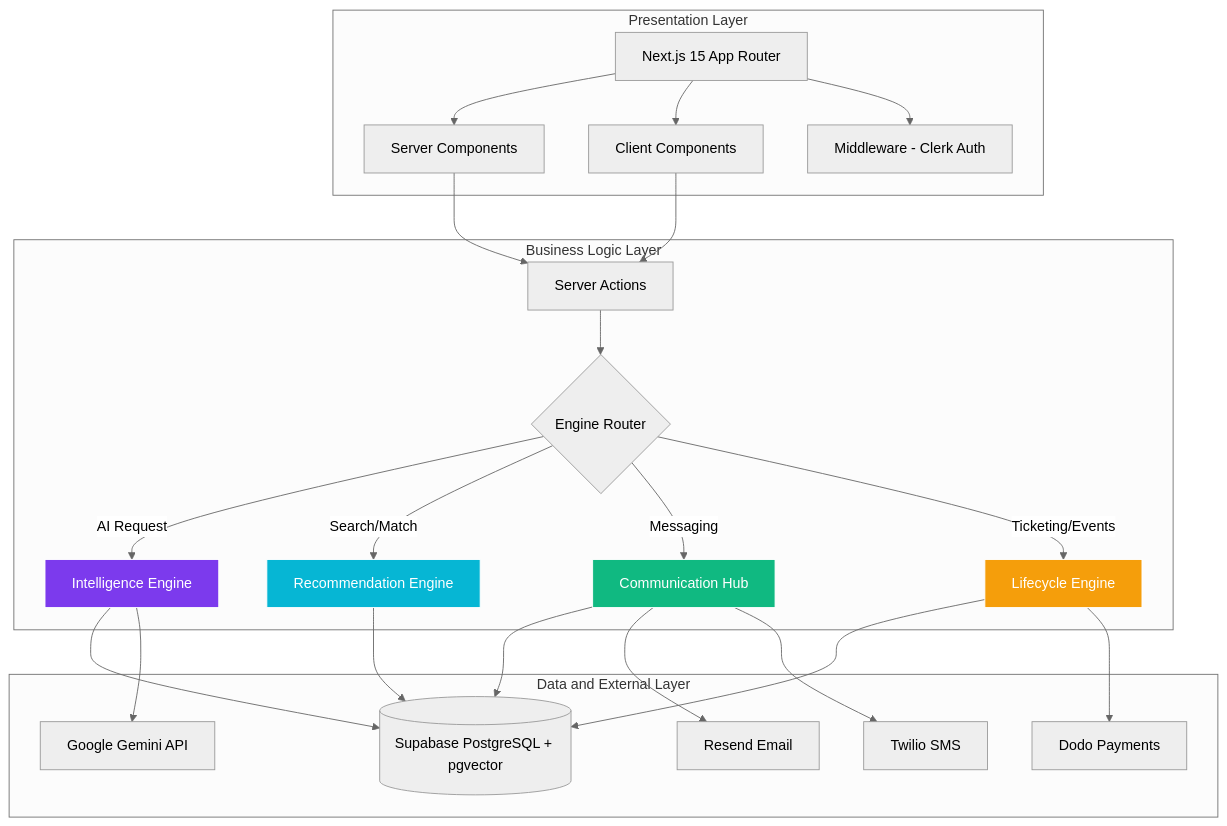
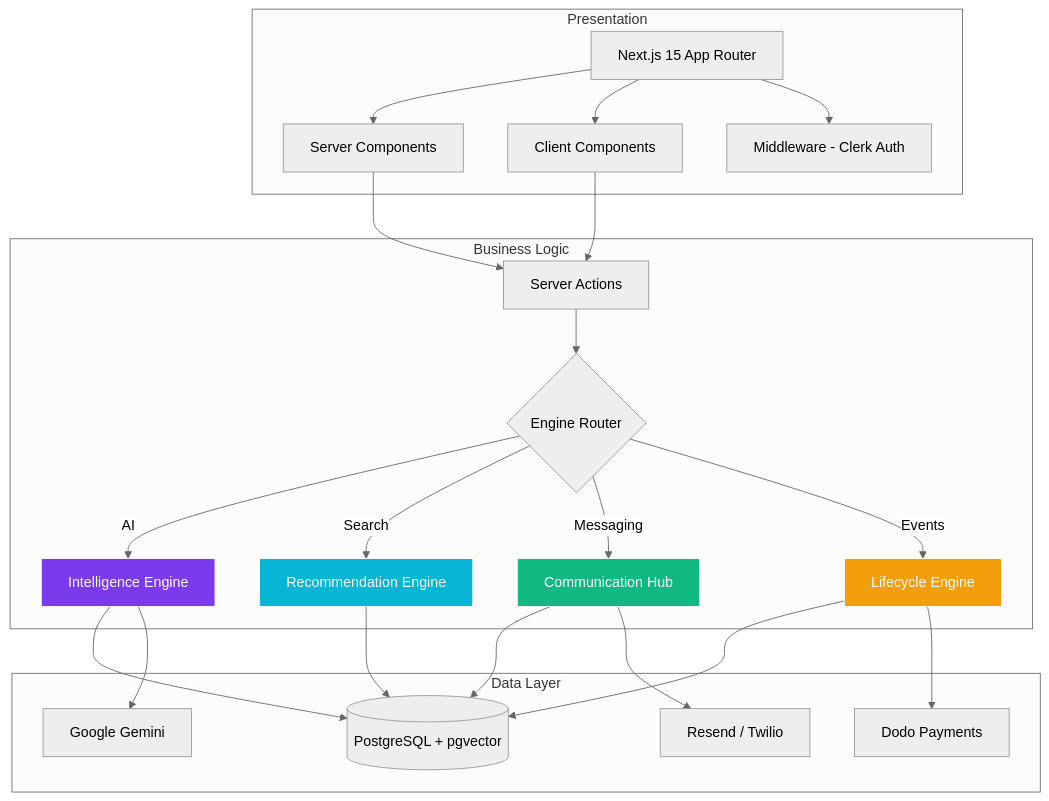
One commit to ArrinPaul/Eventra changed the first of 3 diagrams in README.md. Above: the diagram before and after it, drawn with Mermaid (neutral theme). The commit also changed other lines of this file and 9 other files, not shown here.

````diff
--- a/README.md
+++ b/README.md
@@ -44,34 +33,33 @@
 ```mermaid
 graph TD
-    subgraph Presentation["Presentation Layer"]
+    subgraph Presentation["Presentation"]
         A["Next.js 15 App Router"] --> B["Server Components"]
         A --> C["Client Components"]
         A --> D["Middleware - Clerk Auth"]
     end
 
-    subgraph BusinessLogic["Business Logic Layer"]
+    subgraph Business["Business Logic"]
         B --> E["Server Actions"]
         C --> E
         E --> F{"Engine Router"}
-        F -->|AI Request| G["Intelligence Engine"]
-        F -->|Search/Match| H["Recommendation Engine"]
+        F -->|AI| G["Intelligence Engine"]
+        F -->|Search| H["Recommendation Engine"]
         F -->|Messaging| I["Communication Hub"]
-        F -->|Ticketing/Events| J["Lifecycle Engine"]
+        F -->|Events| J["Lifecycle Engine"]
     end
 
-    subgraph DataLayer["Data and External Layer"]
-        G --> K[("Supabase PostgreSQL + pgvector")]
+    subgraph Data["Data Layer"]
+        G --> K[("PostgreSQL + pgvector")]
         H --> K
         I --> K
         J --> K
-        G --> L["Google Gemini API"]
-        I --> M["Resend Email"]
-        I --> N["Twilio SMS"]
-        J --> O["Dodo Payments"]
+        G --> L["Google Gemini"]
+        I --> M["Resend / Twilio"]
+        J --> N["Dodo Payments"]
     end
 
     style G fill:#7C3AED,stroke:#fff,color:#fff
     style H fill:#06B6D4,stroke:#fff,color:#fff
     style I fill:#10B981,stroke:#fff,color:#fff
     style J fill:#F59E0B,stroke:#fff,color:#fff
 ```
````
